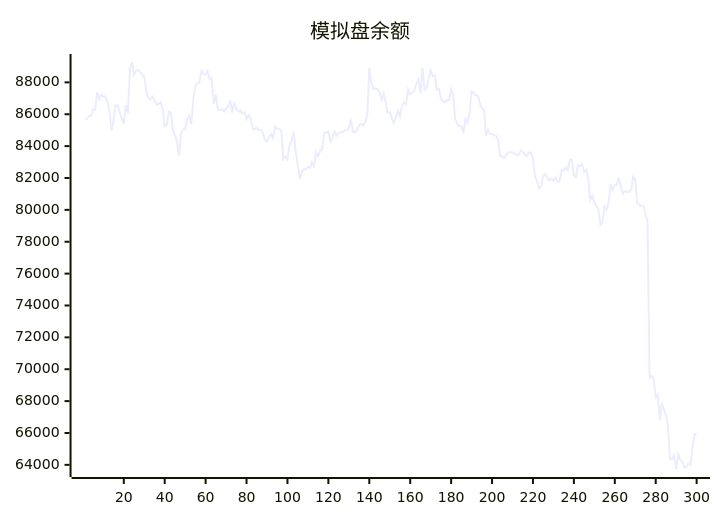
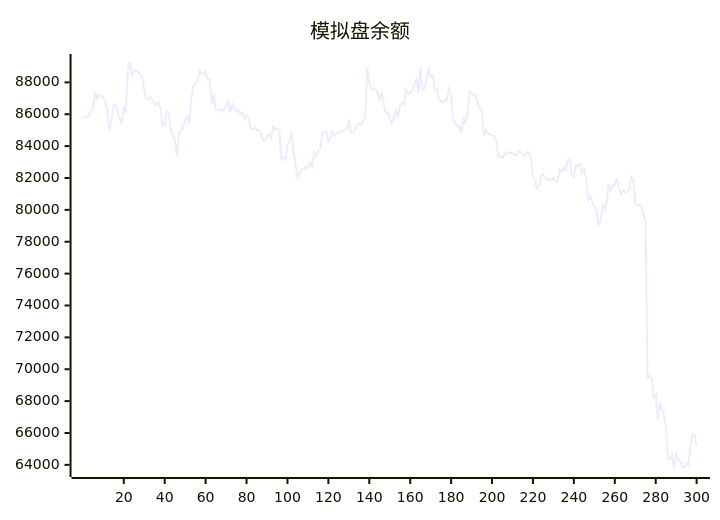
The diagram in README.md (aahl/ai-trading), drawn with Mermaid before and after one commit. The commit also changed other lines of this file and 1 other file, not shown here.

````diff
--- a/README.md
+++ b/README.md
@@ -5,5 +5,5 @@
 ```mermaid
 xychart
     title "模拟盘余额"
-    line [85657,85721,85896,85880,86300,86299,87378,86965,87214,87115,87118,86780,86238,84966,85623,86555,86562,86129,85722,85387,86569,86070,88870,89278,88477,88720,88781,88668,88467,88372,87493,87018,86917,87102,86870,86613,86644,86758,86317,85242,85334,86149,86106,84968,84671,84302,83410,84816,85001,85127,85693,85891,85384,87001,87811,87945,88007,88734,88528,88495,88705,88189,88248,86662,87234,86279,86251,86314,86177,86364,86503,86886,86114,86731,86310,86176,86240,86017,86136,85685,85938,85749,85111,85044,85164,85016,85008,84824,84354,84287,84572,84745,84500,85234,85096,85095,84970,83180,83338,83157,84070,84309,84922,83667,82850,81924,82369,82552,82539,82695,82648,82962,82728,83619,83378,83710,83825,84819,84854,84917,84265,84527,84919,84668,84834,84850,84916,84981,85004,85131,85674,84891,84864,85019,85284,85393,85294,85538,85894,88904,88012,87567,87625,87568,87386,86920,87313,86737,86094,86143,85725,85437,85787,86219,85859,86526,86740,86630,87563,87264,87335,87483,87886,88180,87335,88894,87544,87608,88207,88755,88401,88444,87543,87608,87000,86810,86740,86894,86884,87576,87209,85686,85435,85251,85255,84820,85689,85453,86066,87420,87373,87161,87178,86740,86341,86315,84643,85012,84772,84768,84690,84635,84376,83360,83357,83259,83474,83608,83606,83602,83548,83440,83454,83724,83644,83464,83365,83590,83592,83275,82072,81806,81344,81492,82109,82254,82006,81848,81955,81829,82022,81769,81776,82522,82441,82656,82498,83144,83144,82150,82038,82797,82763,82872,82367,82536,81981,80612,80862,80484,80242,80034,79063,79245,80226,80016,80507,81625,81233,81544,81578,82016,81401,81019,81186,81130,81118,81306,82066,81909,80392,80304,80291,80258,79729,79261,69466,69579,69456,68251,68415,66832,67911,67462,67144,66432,64380,64375,64606,63740,64647,64324,64216,63842,63877,64078,64008,65156,65945,65888]
+    line [85721,85896,85880,86300,86299,87378,86965,87214,87115,87118,86780,86238,84966,85623,86555,86562,86129,85722,85387,86569,86070,88870,89278,88477,88720,88781,88668,88467,88372,87493,87018,86917,87102,86870,86613,86644,86758,86317,85242,85334,86149,86106,84968,84671,84302,83410,84816,85001,85127,85693,85891,85384,87001,87811,87945,88007,88734,88528,88495,88705,88189,88248,86662,87234,86279,86251,86314,86177,86364,86503,86886,86114,86731,86310,86176,86240,86017,86136,85685,85938,85749,85111,85044,85164,85016,85008,84824,84354,84287,84572,84745,84500,85234,85096,85095,84970,83180,83338,83157,84070,84309,84922,83667,82850,81924,82369,82552,82539,82695,82648,82962,82728,83619,83378,83710,83825,84819,84854,84917,84265,84527,84919,84668,84834,84850,84916,84981,85004,85131,85674,84891,84864,85019,85284,85393,85294,85538,85894,88904,88012,87567,87625,87568,87386,86920,87313,86737,86094,86143,85725,85437,85787,86219,85859,86526,86740,86630,87563,87264,87335,87483,87886,88180,87335,88894,87544,87608,88207,88755,88401,88444,87543,87608,87000,86810,86740,86894,86884,87576,87209,85686,85435,85251,85255,84820,85689,85453,86066,87420,87373,87161,87178,86740,86341,86315,84643,85012,84772,84768,84690,84635,84376,83360,83357,83259,83474,83608,83606,83602,83548,83440,83454,83724,83644,83464,83365,83590,83592,83275,82072,81806,81344,81492,82109,82254,82006,81848,81955,81829,82022,81769,81776,82522,82441,82656,82498,83144,83144,82150,82038,82797,82763,82872,82367,82536,81981,80612,80862,80484,80242,80034,79063,79245,80226,80016,80507,81625,81233,81544,81578,82016,81401,81019,81186,81130,81118,81306,82066,81909,80392,80304,80291,80258,79729,79261,69466,69579,69456,68251,68415,66832,67911,67462,67144,66432,64380,64375,64606,63740,64647,64324,64216,63842,63877,64078,64008,65156,65945,65888,65157]
 ```
````
